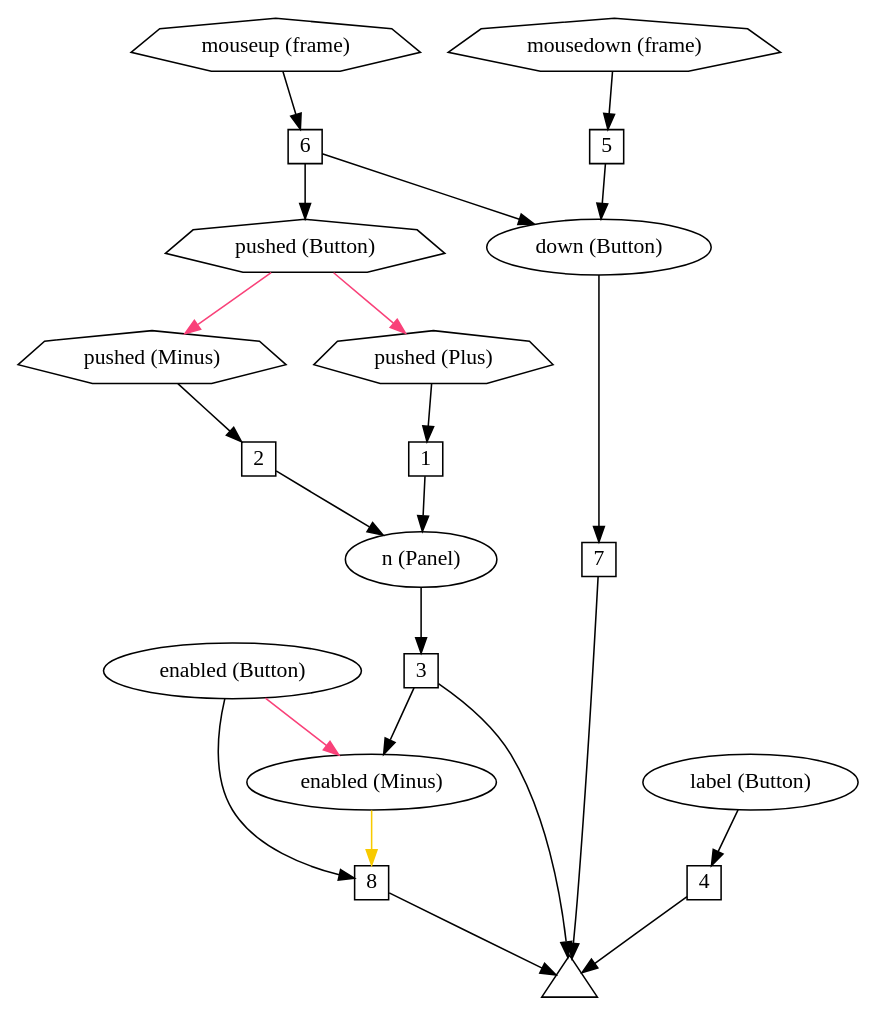
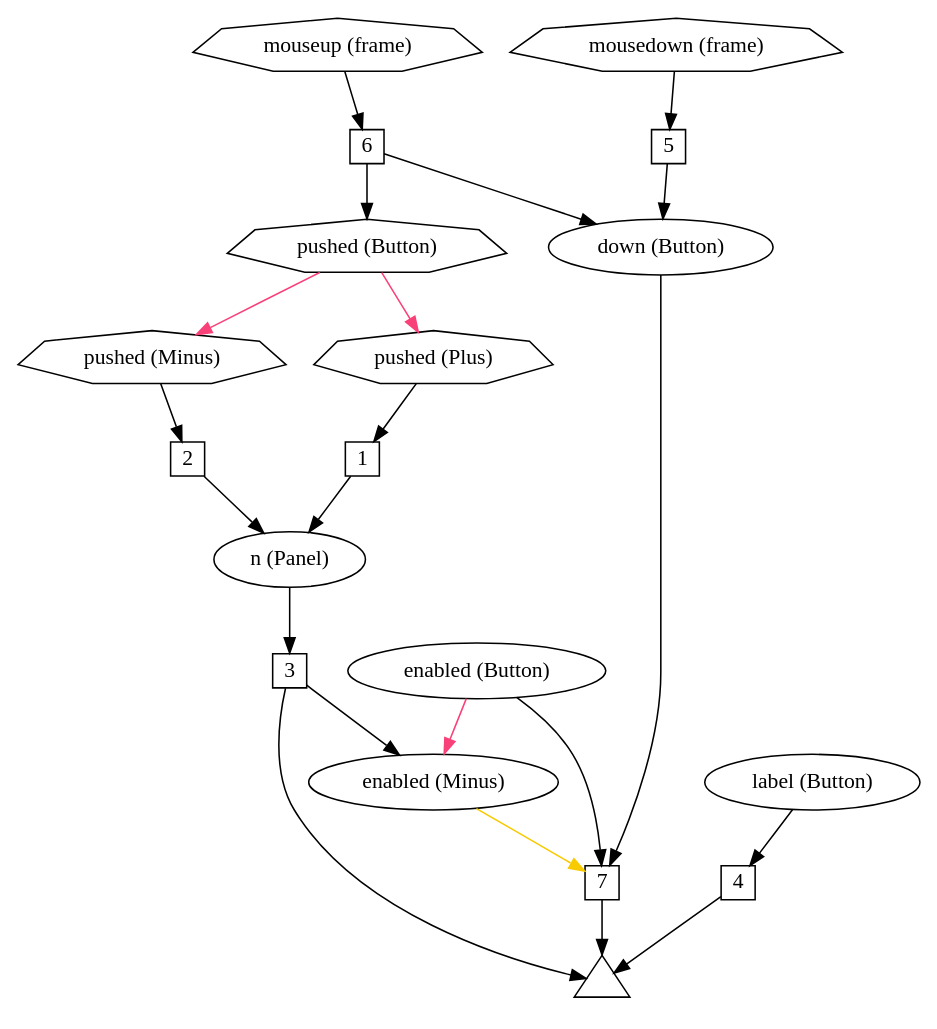
The diagram in spec/fig/graph-panel.gv (bendr/bender), drawn with Graphviz before and after one commit. The commit also changed 13 other files, not shown here.

Commit message:
Updating example (TODO update the graph traversal example)

```diff
--- a/spec/fig/graph-panel.gv
+++ b/spec/fig/graph-panel.gv
@@ -1,57 +1,55 @@
 digraph bender {
   node [fontname="Avenir Next"];
   edge [fontname="Avenir Next"];
 
   t [label="", shape=triangle, fixedsize=true, width=0.5];
 
   ppushed [label="pushed (Plus)", shape=septagon];
   w1 [label="1", shape=square, fixedsize=true, width=0.3];
   ppushed -> w1;
   w1 -> n;
 
   mpushed [label="pushed (Minus)", shape=septagon];
   w2 [label="2", shape=square, fixedsize=true, width=0.3];
   mpushed -> w2;
   w2 -> n;
 
   n [label="n (Panel)"];
   w3 [label="3", shape=square, fixedsize=true, width=0.3];
   menabled [label="enabled (Minus)"];
   n -> w3
   w3 -> t
   w3 -> menabled
 
 
   label [label="label (Button)"];
   w4 [label="4", shape=square, fixedsize=true, width=0.3];
   label -> w4;
   w4 -> t;
 
   mousedown [label="mousedown (frame)", shape=septagon];
   w5 [label="5", shape=square, fixedsize=true, width=0.3];
   down [label="down (Button)"];
   mousedown -> w5;
   w5 -> down;
 
   mouseup [label="mouseup (frame)", shape=septagon];
   w6 [label="6", shape=square, fixedsize=true, width=0.3];
   mouseup -> w6;
   w6 -> down;
   w6 -> pushed;
 
   pushed [label="pushed (Button)", shape=septagon];
   pushed -> ppushed [color="#f94179"];
   pushed -> mpushed [color="#f94179"];
 
+  enabled [label="enabled (Button)"];
   w7 [label="7", shape=square, fixedsize=true, width=0.3];
   down -> w7;
+  enabled -> w7;
+  menabled -> w7 [color="#f8ca00"];
+  enabled -> menabled [color="#f94179"];
   w7 -> t;
 
-  w8 [label="8", shape=square, fixedsize=true, width=0.3];
-  enabled -> w8;
-  enabled -> menabled [color="#f94179"];
-  enabled [label="enabled (Button)"];
-  menabled -> w8 [color="#f8ca00"];
-  w8 -> t;
 
 }
```
